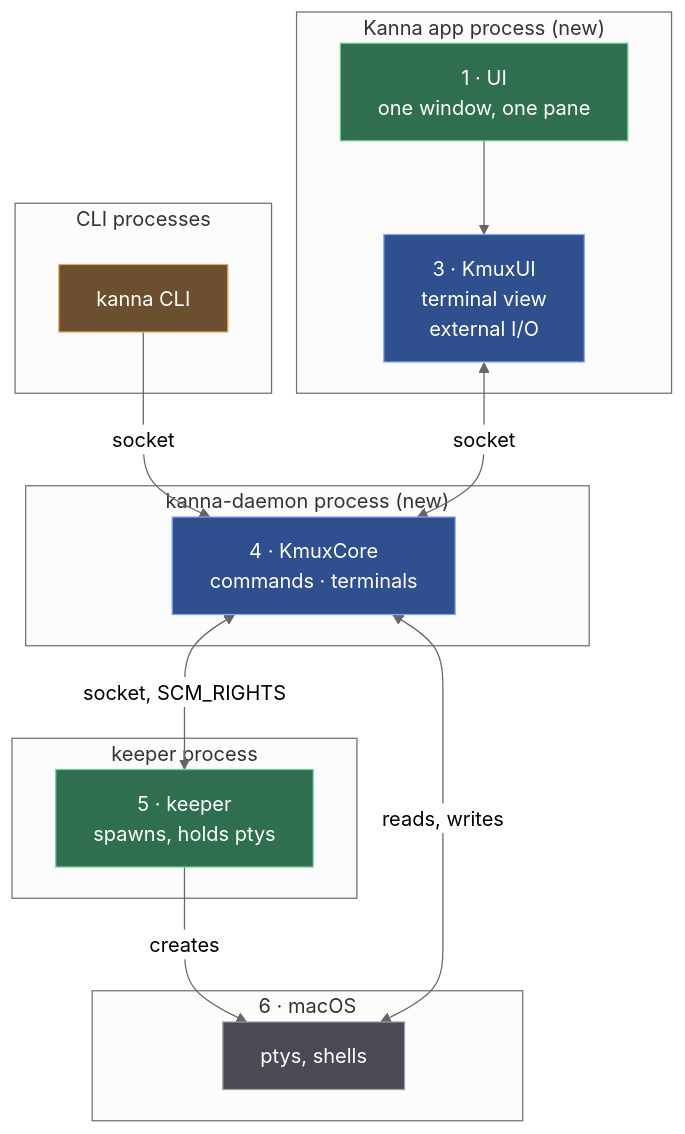
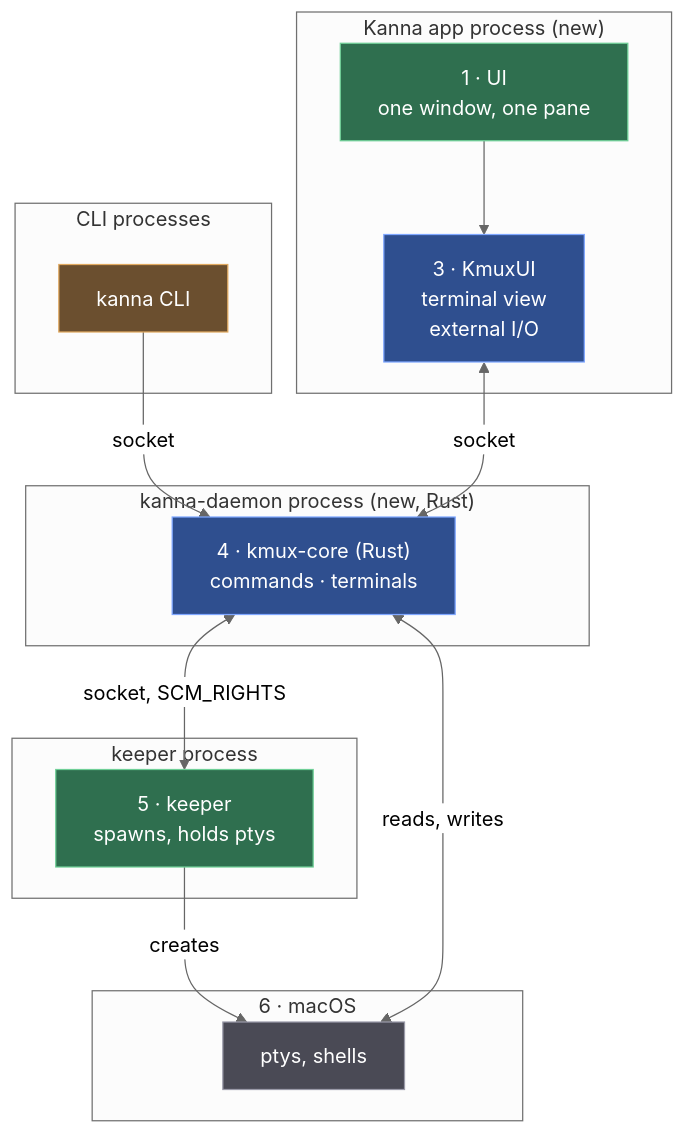
Before and after one commit to jemdiggity/kanna-v4: the second of 2 diagrams in docs/plans/mux-build.md, drawn with Mermaid (neutral theme). The commit also changed other lines of this file and 2 other files, not shown here.

Commit message:
Plan: the daemon and kmux's core in Rust, so they run on Linux

````diff
--- a/docs/plans/mux-build.md
+++ b/docs/plans/mux-build.md
@@ -72,33 +72,33 @@
 ```mermaid
 flowchart TB
     subgraph CLIP["CLI processes"]
         CLI["kanna CLI"]
     end
     subgraph APP["Kanna app process (new)"]
         L1["1 · UI<br/>one window, one pane"]
         L3["3 · KmuxUI<br/>terminal view<br/>external I/O"]
         L1 --> L3
     end
-    subgraph DAEMON["kanna-daemon process (new)"]
-        L4["4 · KmuxCore<br/>commands · terminals"]
+    subgraph DAEMON["kanna-daemon process (new, Rust)"]
+        L4["4 · kmux-core (Rust)<br/>commands · terminals"]
     end
     subgraph KEEPER["keeper process"]
         L5["5 · keeper<br/>spawns, holds ptys"]
     end
     subgraph OS["6 · macOS"]
         PTY["ptys, shells"]
     end
     CLI -->|"socket"| L4
     L3 <-->|"socket"| L4
     L4 <-->|"socket, SCM_RIGHTS"| L5
     L5 -->|"creates"| PTY
     L4 <-->|"reads, writes"| PTY
     classDef kanna fill:#2f6f4f,stroke:#6fcf97,color:#ffffff
     classDef kmux fill:#2f4f8f,stroke:#7fa7ff,color:#ffffff
     classDef os fill:#4a4a55,stroke:#9a9aa8,color:#ffffff
     classDef client fill:#6b4f2f,stroke:#e0a960,color:#ffffff
     class L1,L5 kanna
     class L3,L4 kmux
     class PTY os
     class CLI client
 ```
````
